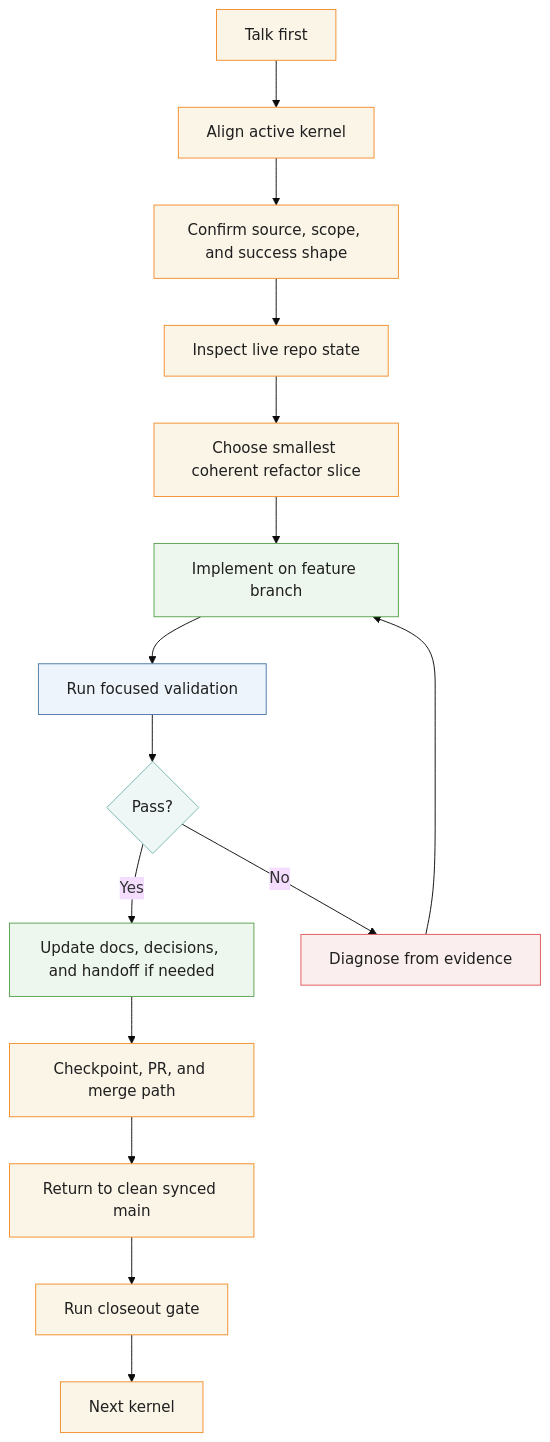
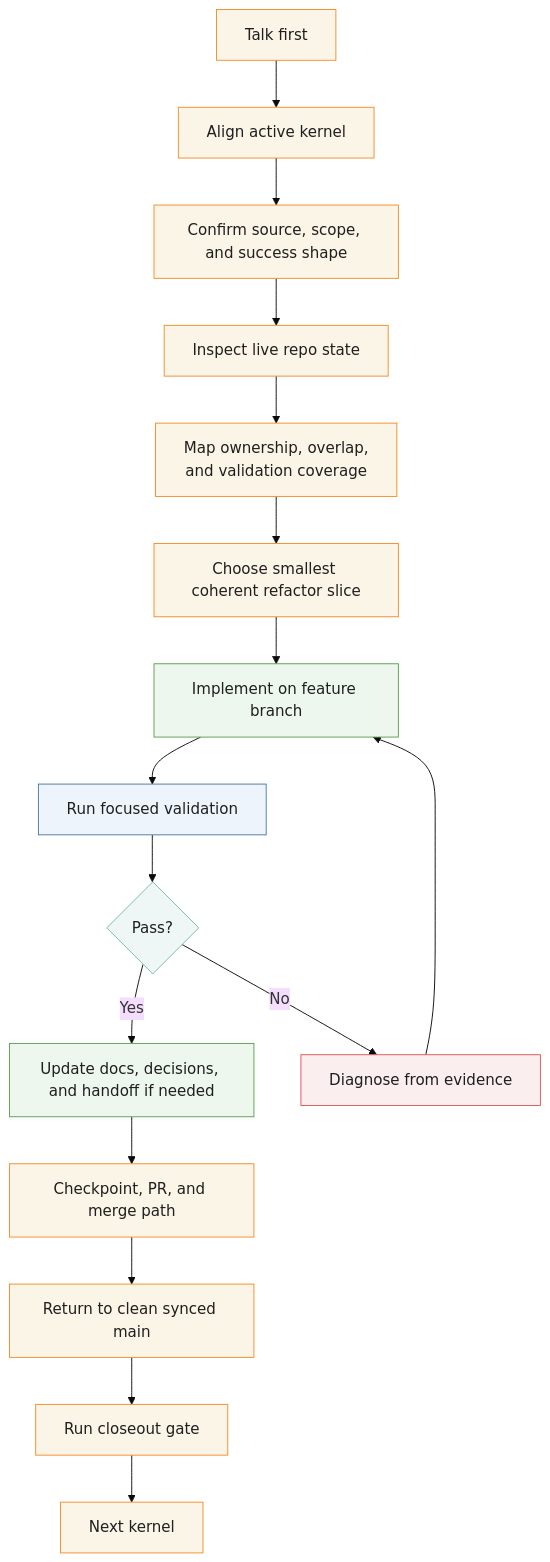
The first of 5 diagrams in docs/public/diagrams/refactor-method.md (tryskian/polinko), drawn with Mermaid (base theme) before and after one commit. The commit also changed 4 other files, not shown here.

````diff
--- a/docs/public/diagrams/refactor-method.md
+++ b/docs/public/diagrams/refactor-method.md
@@ -12,29 +12,30 @@
 ```mermaid
 flowchart TD
   A["Talk first"] --> B["Align active kernel"]
   B --> C["Confirm source, scope, and success shape"]
   C --> D["Inspect live repo state"]
-  D --> E["Choose smallest coherent refactor slice"]
-  E --> F["Implement on feature branch"]
-  F --> G["Run focused validation"]
-  G --> H{"Pass?"}
-  H -->|"Yes"| I["Update docs, decisions, and handoff if needed"]
-  H -->|"No"| J["Diagnose from evidence"]
-  J --> F
-  I --> K["Checkpoint, PR, and merge path"]
-  K --> L["Return to clean synced main"]
-  L --> M["Run closeout gate"]
-  M --> N["Next kernel"]
+  D --> E["Map ownership, overlap,\nand validation coverage"]
+  E --> F["Choose smallest coherent refactor slice"]
+  F --> G["Implement on feature branch"]
+  G --> H["Run focused validation"]
+  H --> I{"Pass?"}
+  I -->|"Yes"| J["Update docs, decisions, and handoff if needed"]
+  I -->|"No"| K["Diagnose from evidence"]
+  K --> G
+  J --> L["Checkpoint, PR, and merge path"]
+  L --> M["Return to clean synced main"]
+  M --> N["Run closeout gate"]
+  N --> O["Next kernel"]
 
   classDef source fill:#EEF4FB,stroke:#4E79A7,color:#1F1F1F;
   classDef bridge fill:#FBF5E8,stroke:#F28E2B,color:#1F1F1F;
   classDef pass fill:#EEF7EE,stroke:#59A14F,color:#1F1F1F;
   classDef fail fill:#FBEEEE,stroke:#E15759,color:#1F1F1F;
   classDef evidence fill:#EEF7F6,stroke:#76B7B2,color:#1F1F1F;
 
-  class A,B,C,D,E,K,L,M,N bridge;
-  class F,I pass;
-  class G source;
-  class H evidence;
-  class J fail;
+  class A,B,C,D,E,F,L,M,N,O bridge;
+  class G,J pass;
+  class H source;
+  class I evidence;
+  class K fail;
 ```
````
